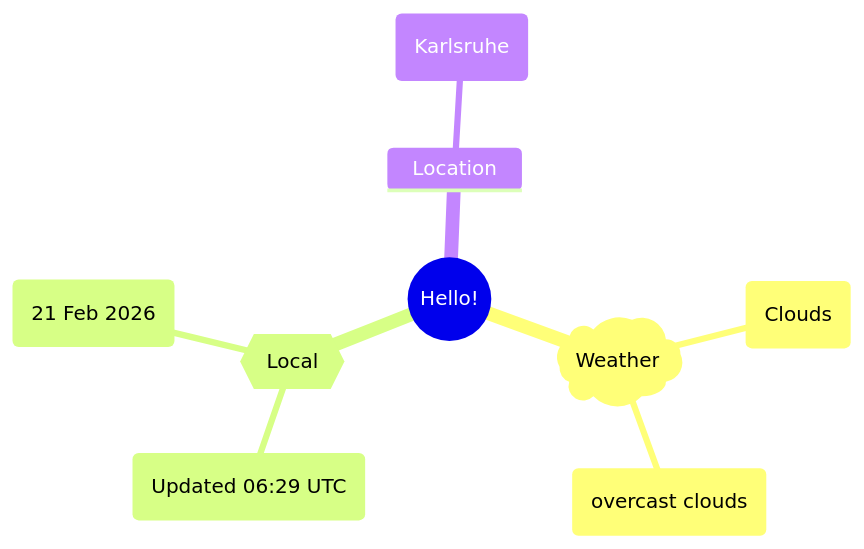
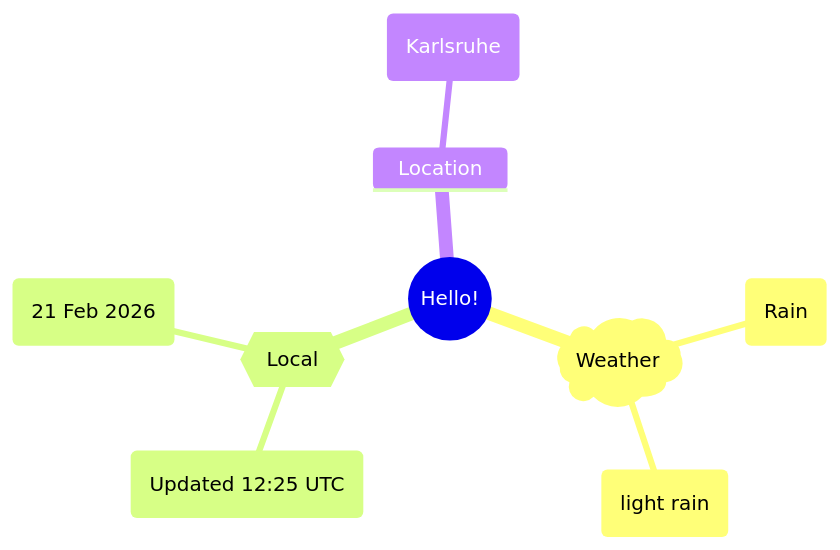
The first of 2 diagrams in README.md (Xosrov/Xosrov), drawn with Mermaid before and after one commit.

Commit message:
[bot] updated images

````diff
--- a/README.md
+++ b/README.md
@@ -3,12 +3,12 @@
 ```mermaid
 mindmap
   root((Hello!))
     )Weather(
-        (Clouds)
-        (overcast clouds)
+        (Rain)
+        (light rain)
     {{Local}}
-        (Updated 06:29 UTC)
+        (Updated 12:25 UTC)
         (21 Feb 2026)
     Location
         (Karlsruhe)
 ```
````
